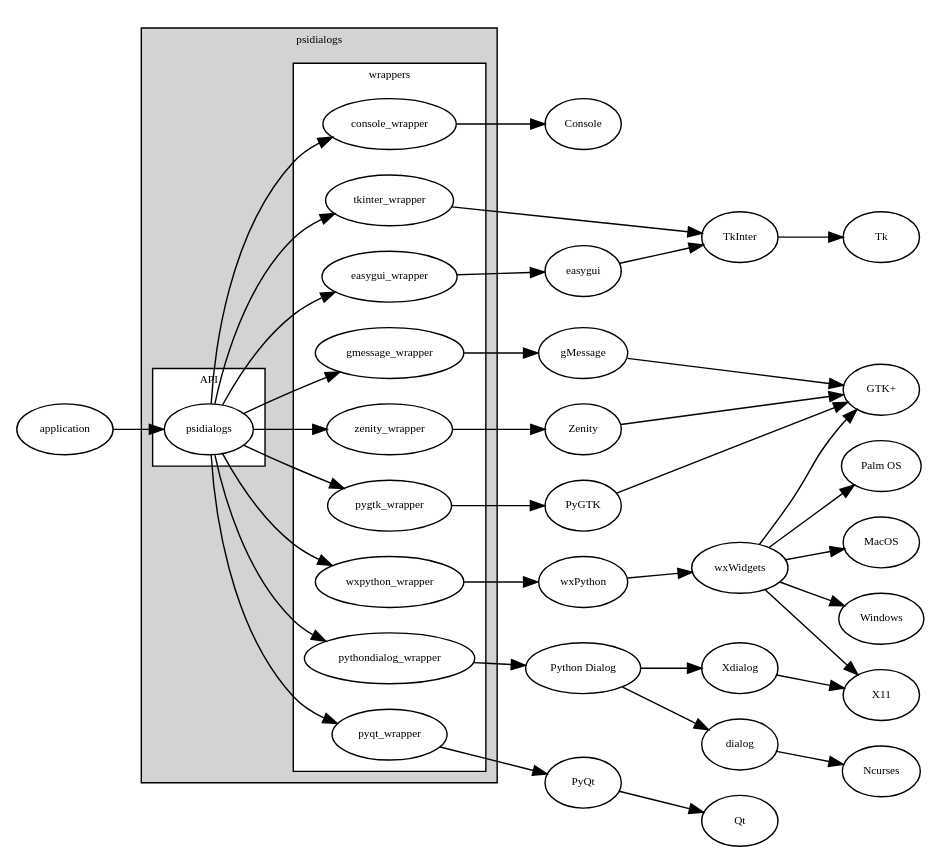
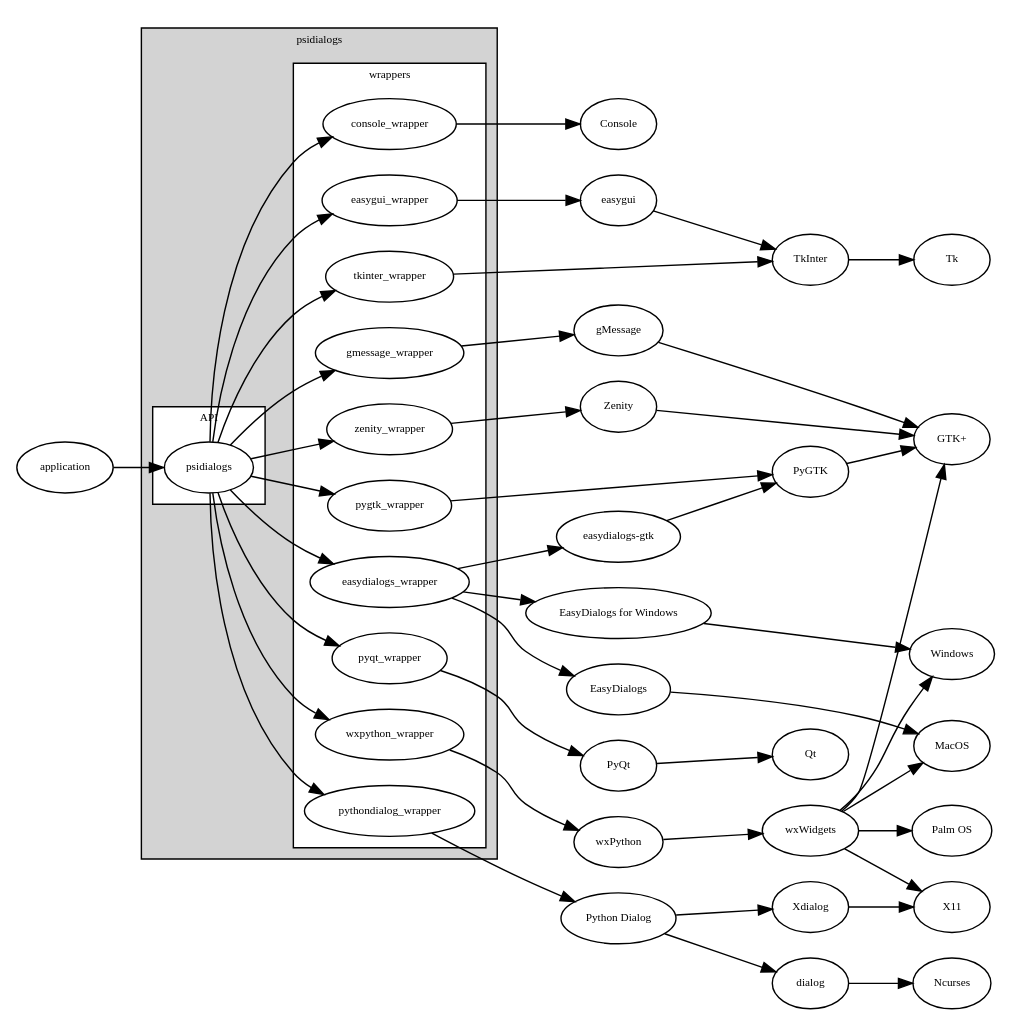
One commit to ponty/psidialogs changed the diagram in docs/struct.rst. Above: the diagram before and after it, drawn with Graphviz. The commit also changed 3 other files, not shown here.

Commit message:
new backend: EasyDialogs

```diff
--- a/docs/struct.rst
+++ b/docs/struct.rst
@@ -4,55 +4,58 @@
 .. graphviz::
 
 	digraph G {
 	rankdir=LR;
 	node [fontsize=8];
 	fontsize=8;
 	
 	subgraph cluster_0 {
 		label = "psidialogs";
 		style=filled;
 		fillcolor=lightgrey;
 		subgraph cluster_1 {
 			label = "API";
 			style=filled;
 			fillcolor=white;
 
 			psidialogs;
 		}
 		subgraph cluster_2 {
 			style=filled;
 			fillcolor=white;
 			label = "wrappers";
 
 			psidialogs -> console_wrapper;
 			psidialogs -> easygui_wrapper;
+            psidialogs -> easydialogs_wrapper;
 			psidialogs -> gmessage_wrapper;
 			psidialogs -> pygtk_wrapper;
 			psidialogs -> pyqt_wrapper;
 			psidialogs -> pythondialog_wrapper;
 			psidialogs -> tkinter_wrapper;
 			psidialogs -> wxpython_wrapper;
-			psidialogs -> zenity_wrapper;
+            psidialogs -> zenity_wrapper;
 		}
 	}
 	console_wrapper -> Console;
 	easygui_wrapper -> easygui -> TkInter -> Tk;
 	gmessage_wrapper -> gMessage -> "GTK+";
 	pyqt_wrapper -> PyQt -> Qt;
 	pythondialog_wrapper -> "Python Dialog" -> Xdialog -> X11;
 	"Python Dialog"  -> dialog -> Ncurses;
 	tkinter_wrapper -> TkInter;
 	zenity_wrapper -> Zenity -> "GTK+";
 	
 	pygtk_wrapper -> PyGTK -> "GTK+";
 	wxpython_wrapper -> wxPython -> wxWidgets;
 	wxWidgets -> "GTK+";
 	wxWidgets -> MacOS;
 	wxWidgets -> Windows;
 	wxWidgets -> "Palm OS";
 	wxWidgets -> X11;
 	
 	application -> psidialogs;
 	
-
+    easydialogs_wrapper -> EasyDialogs -> MacOS;
+    easydialogs_wrapper -> "easydialogs-gtk" -> PyGTK;
+    easydialogs_wrapper -> "EasyDialogs for Windows" -> Windows;
 	}
```
